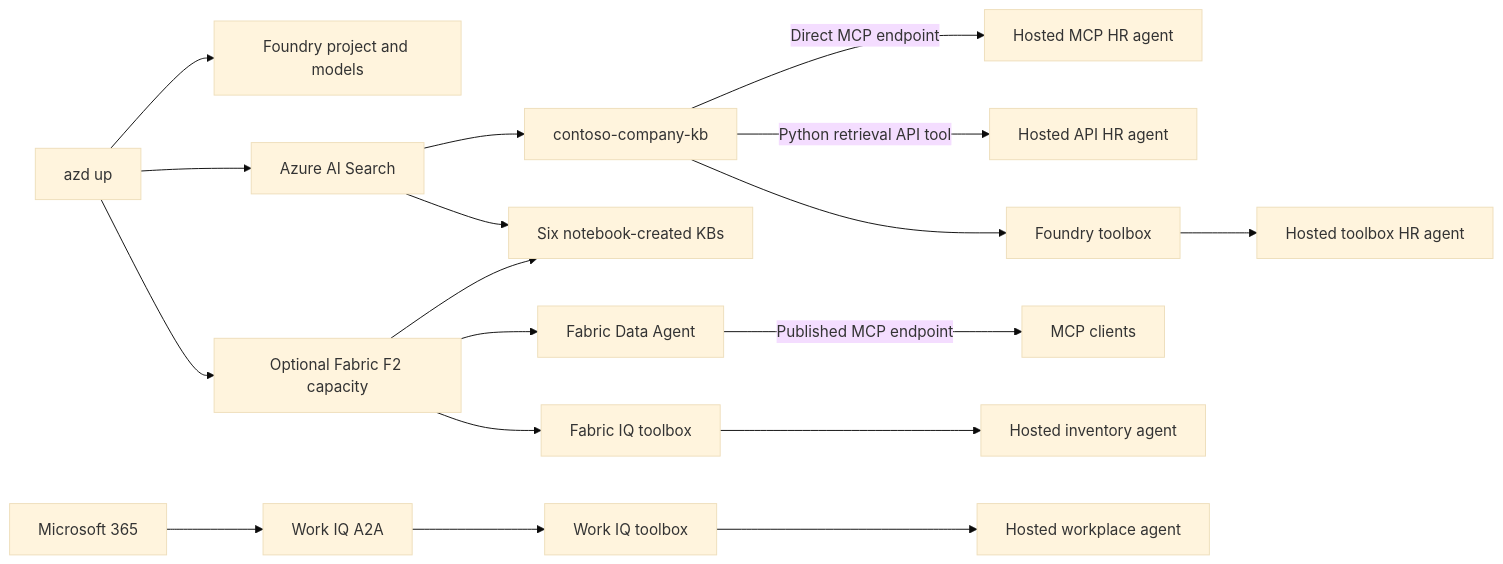
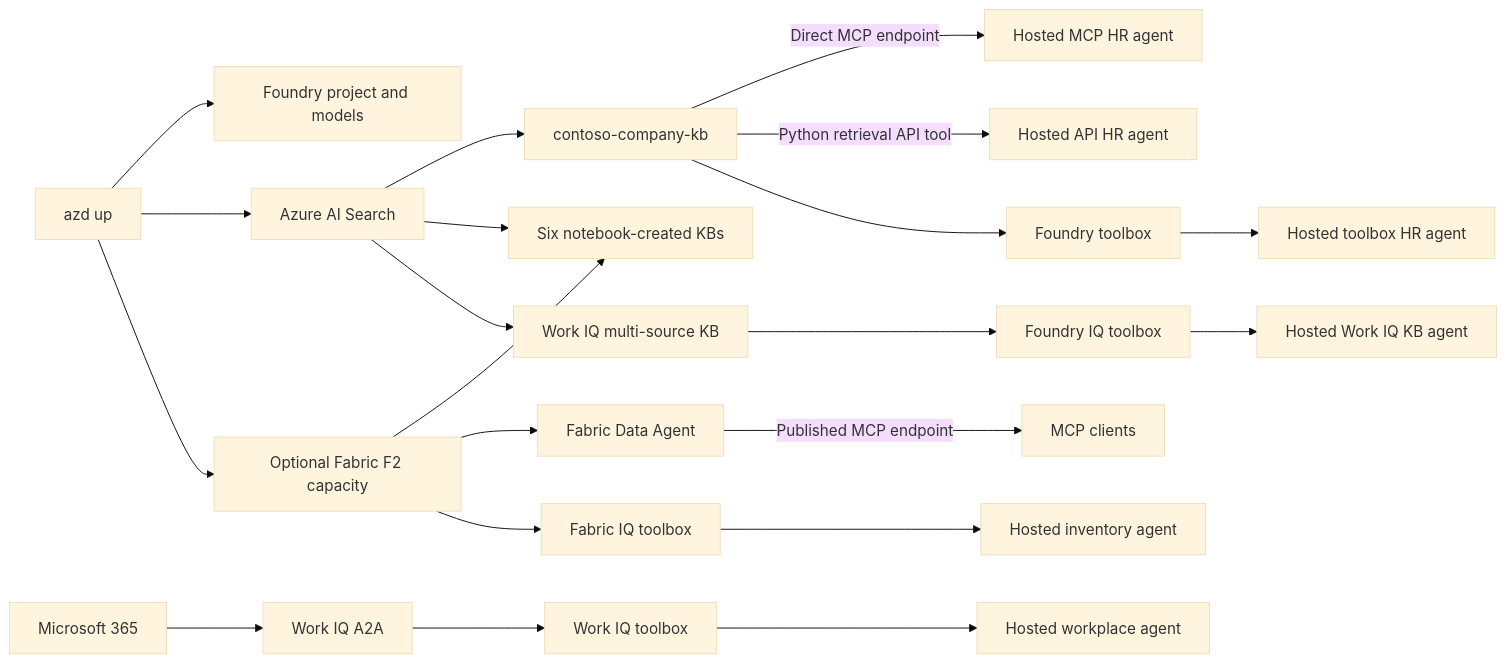
The diagram in README.md (pamelafox/iqdeepdive-foundryiq), drawn with Mermaid (base theme) before and after one commit. The commit also changed other lines of this file and 13 other files, not shown here.

````diff
--- a/README.md
+++ b/README.md
@@ -11,20 +11,23 @@
 ```mermaid
 flowchart LR
   azd[azd up] --> foundry[Foundry project and models]
   azd --> search[Azure AI Search]
   azd --> fabric[Optional Fabric F2 capacity]
   search --> agentkb[contoso-company-kb]
   agentkb -->|Direct MCP endpoint| mcpagent[Hosted MCP HR agent]
   agentkb -->|Python retrieval API tool| apiagent[Hosted API HR agent]
   agentkb --> toolbox[Foundry toolbox]
   toolbox --> toolboxagent[Hosted toolbox HR agent]
   search --> notebooks[Six notebook-created KBs]
   fabric --> notebooks
   fabric --> fabricdataagent[Fabric Data Agent]
   fabricdataagent -->|Published MCP endpoint| clients[MCP clients]
   fabric --> fabrictoolbox[Fabric IQ toolbox]
   fabrictoolbox --> fabricagent[Hosted inventory agent]
   m365[Microsoft 365] --> workiq[Work IQ A2A]
   workiq --> workiqtoolbox[Work IQ toolbox]
   workiqtoolbox --> workiqagent[Hosted workplace agent]
+  search --> workiqkb[Work IQ multi-source KB]
+  workiqkb --> workiqkbtoolbox[Foundry IQ toolbox]
+  workiqkbtoolbox --> workiqkbagent[Hosted Work IQ KB agent]
 ```
````
